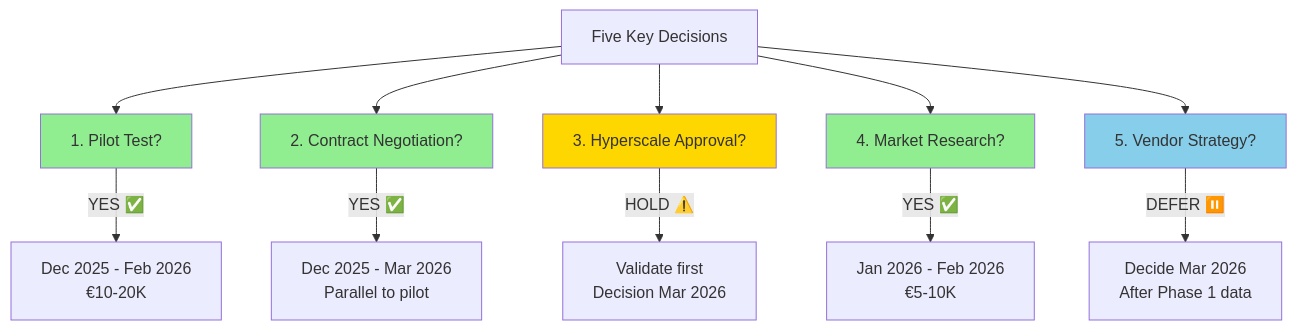
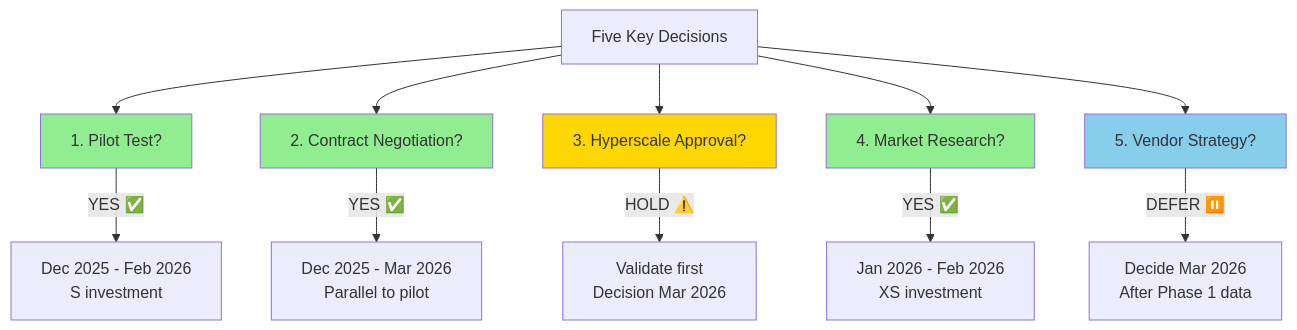
One commit to elbabass/audit_cisac changed the first of 2 diagrams in docs/deliverables/first-restitution-2025-11-24/presentation/part7-decision-points.md. Above: the diagram before and after it, drawn with Mermaid. The commit also changed other lines of this file and 15 other files, not shown here.

````diff
--- a/docs/deliverables/first-restitution-2025-11-24/presentation/part7-decision-points.md
+++ b/docs/deliverables/first-restitution-2025-11-24/presentation/part7-decision-points.md
@@ -82,20 +82,20 @@
 ```mermaid
 graph TD
     A[Five Key Decisions] --> B[1. Pilot Test?]
     A --> C[2. Contract Negotiation?]
     A --> D[3. Hyperscale Approval?]
     A --> E[4. Market Research?]
     A --> F[5. Vendor Strategy?]
 
-    B -->|YES ✅| G[Dec 2025 - Feb 2026<br/>€10-20K]
+    B -->|YES ✅| G[Dec 2025 - Feb 2026<br/>S investment]
     C -->|YES ✅| H[Dec 2025 - Mar 2026<br/>Parallel to pilot]
     D -->|HOLD ⚠️| I[Validate first<br/>Decision Mar 2026]
-    E -->|YES ✅| J[Jan 2026 - Feb 2026<br/>€5-10K]
+    E -->|YES ✅| J[Jan 2026 - Feb 2026<br/>XS investment]
     F -->|DEFER ⏸️| K[Decide Mar 2026<br/>After Phase 1 data]
 
     style B fill:#90EE90
     style C fill:#90EE90
     style D fill:#FFD700
     style E fill:#90EE90
     style F fill:#87CEEB
 ```
````
